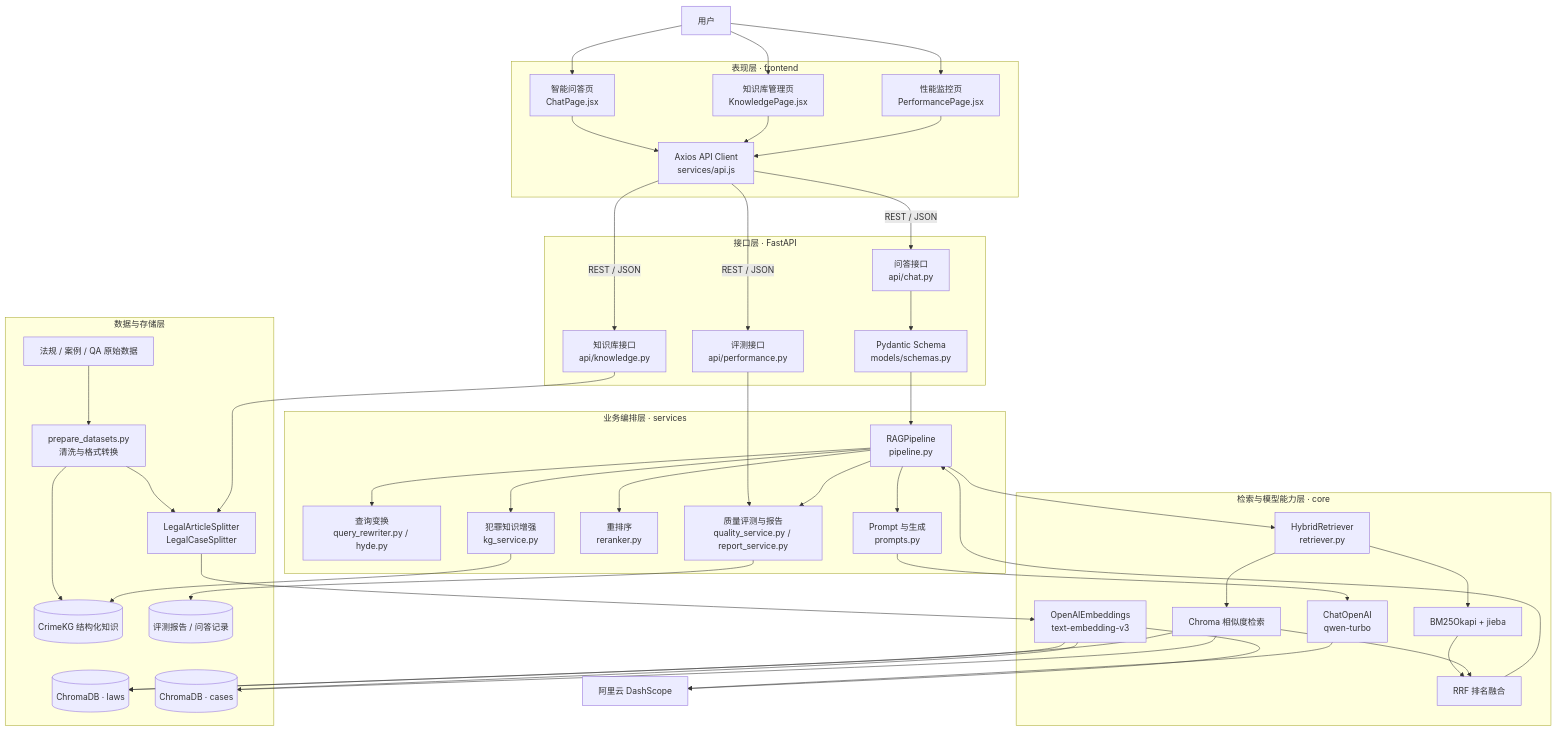
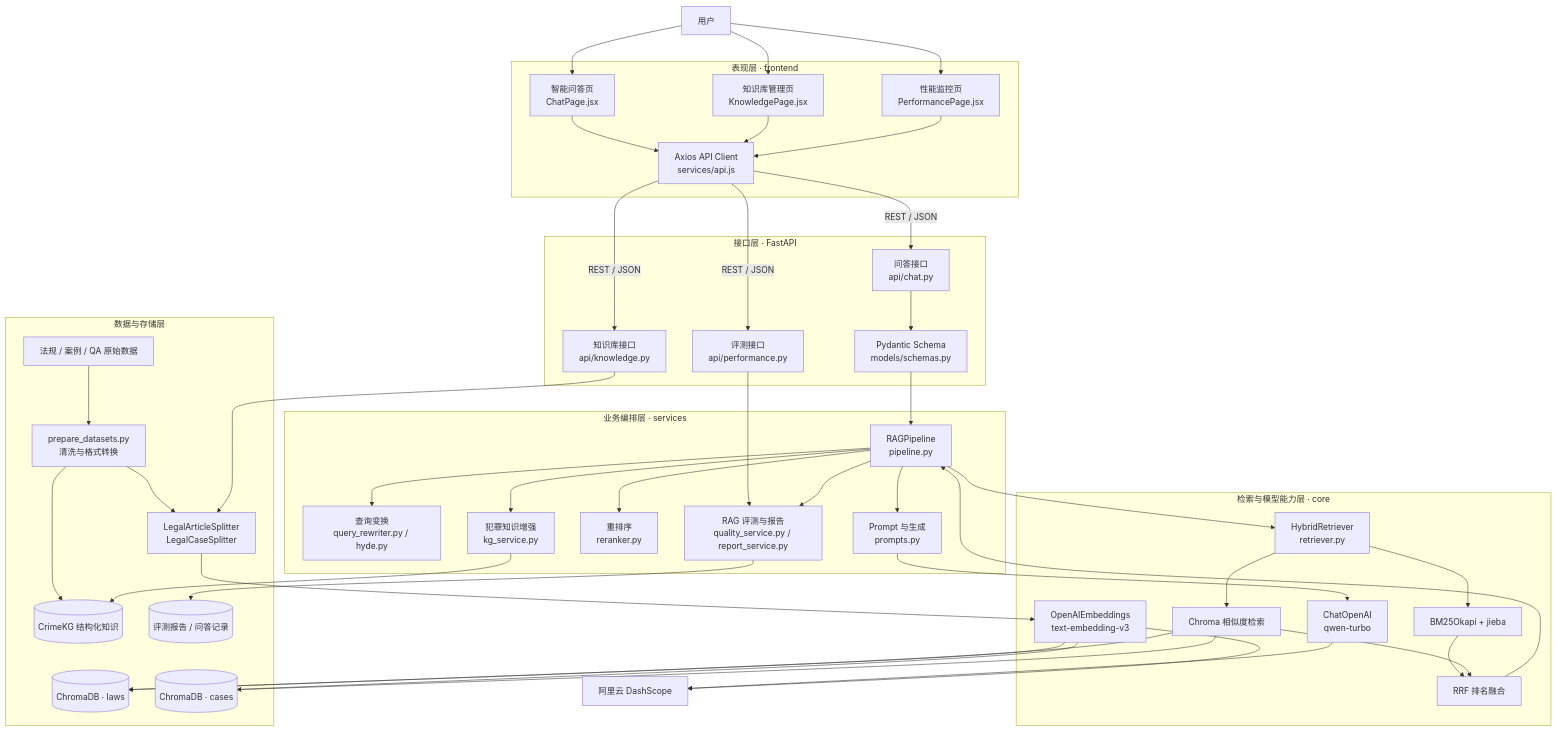
The first of 3 diagrams in README.md (Leo8150/LawRAG), drawn with Mermaid before and after one commit. The commit also changed other lines of this file and 18 other files, not shown here.

```diff
--- a/README.md
+++ b/README.md
@@ -92,7 +92,7 @@
         KGS[犯罪知识增强<br/>kg_service.py]
         RRS[重排序<br/>reranker.py]
         PROMPT[Prompt 与生成<br/>prompts.py]
-        QUALITY[质量评测与报告<br/>quality_service.py / report_service.py]
+        QUALITY[RAG 评测与报告<br/>quality_service.py / report_service.py]
         PIPE --> QTS
         PIPE --> KGS
         PIPE --> RRS
```
